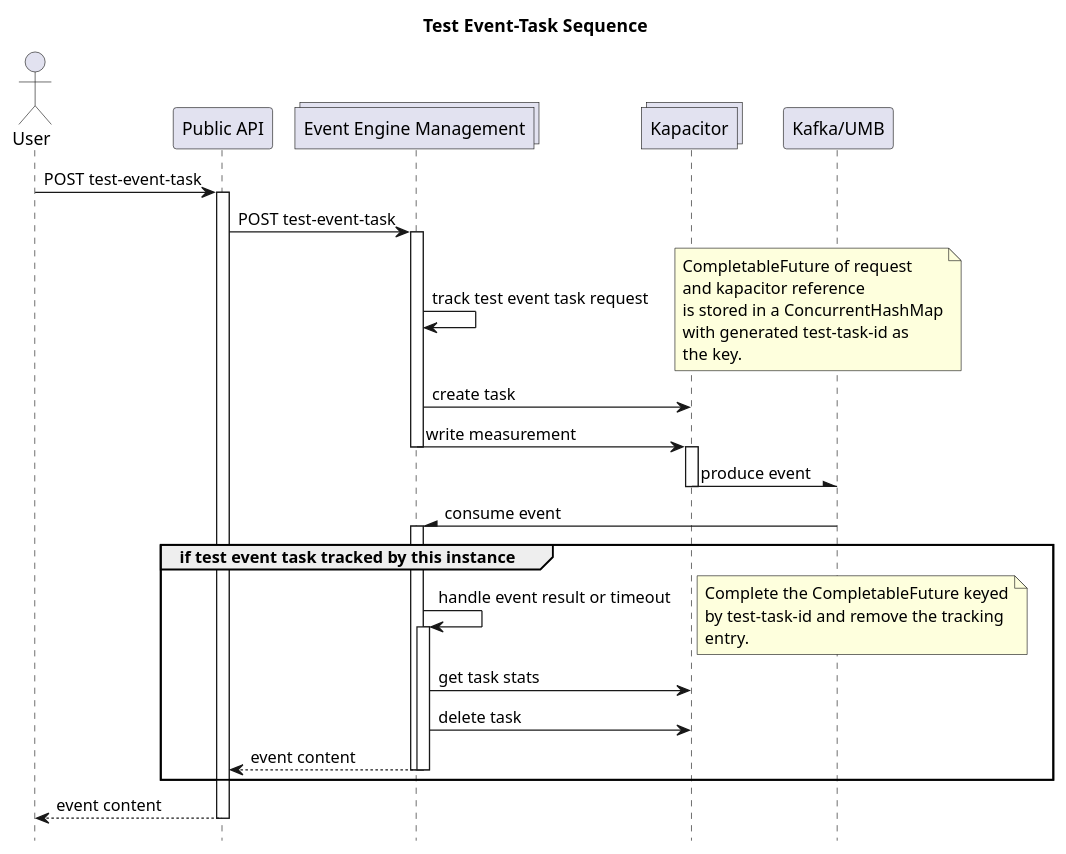
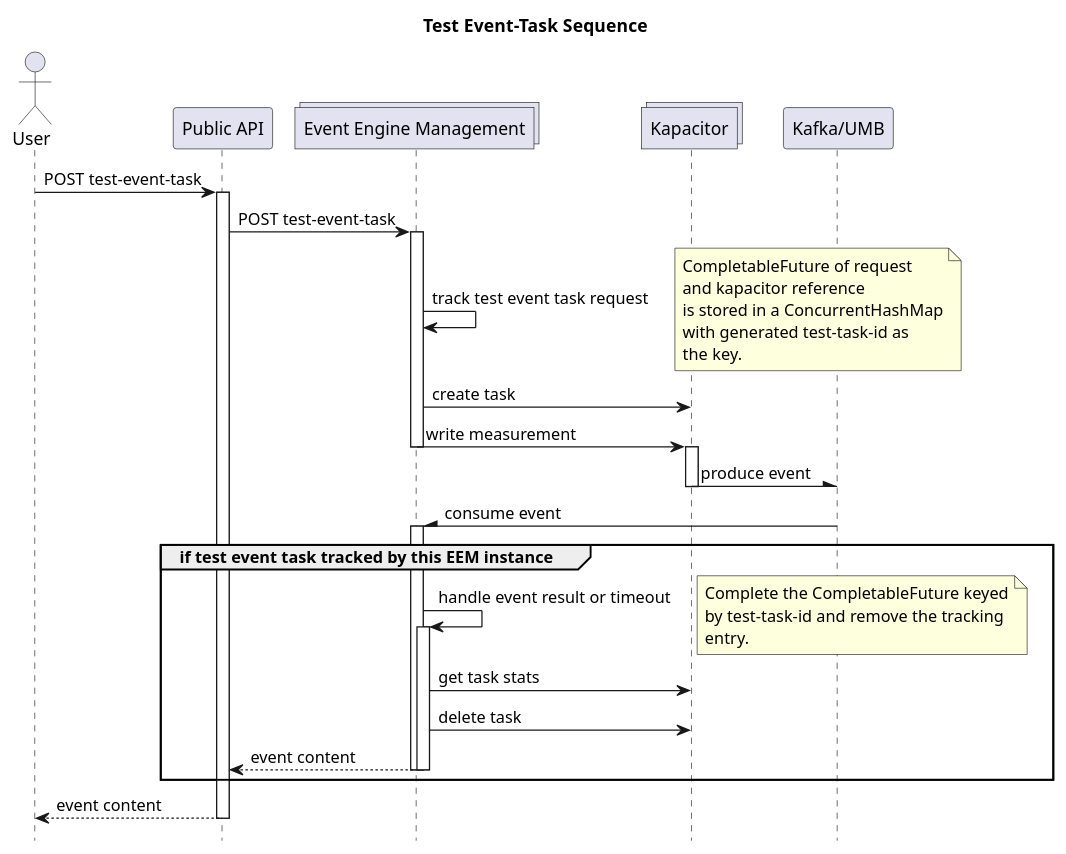
One commit to racker/salus-docs changed the diagram in design/test-event-task/sequence.puml. Above: the diagram before and after it, drawn with PlantUML.

Commit message:
Clarified test response conditional

```diff
--- a/design/test-event-task/sequence.puml
+++ b/design/test-event-task/sequence.puml
@@ -1,60 +1,60 @@
 @startuml
 title Test Event-Task Sequence
 hide footbox
 
 actor User
 participant "Public API" as PublicAPI
 collections "Event Engine Management" as EEM
 collections "Kapacitor" as Kap
 participant "Kafka/UMB" as Kafka
 
 User -> PublicAPI : POST test-event-task
 activate PublicAPI
 
 PublicAPI -> EEM : POST test-event-task
 activate EEM
 
 EEM -> EEM : track test event task request
 note right
   CompletableFuture of request
   and kapacitor reference
   is stored in a ConcurrentHashMap
   with generated test-task-id as
   the key.
 end note
 
 EEM -> Kap : create task
 
 EEM -> Kap : write measurement
 deactivate EEM
 activate Kap
 
 Kap -\ Kafka : produce event
 deactivate Kap
 
 Kafka -\ EEM : consume event
 activate EEM
 
-group if test event task tracked by this instance
+group if test event task tracked by this EEM instance
 
   EEM -> EEM : handle event result or timeout
   activate EEM
   note right
   Complete the CompletableFuture keyed
   by test-task-id and remove the tracking
   entry.
   end note
 
   EEM -> Kap : get task stats
   EEM -> Kap : delete task
 
   EEM --> PublicAPI : event content
   deactivate EEM
   deactivate EEM
 
 end
 
 PublicAPI --> User : event content
 deactivate PublicAPI
 
 @enduml
```
